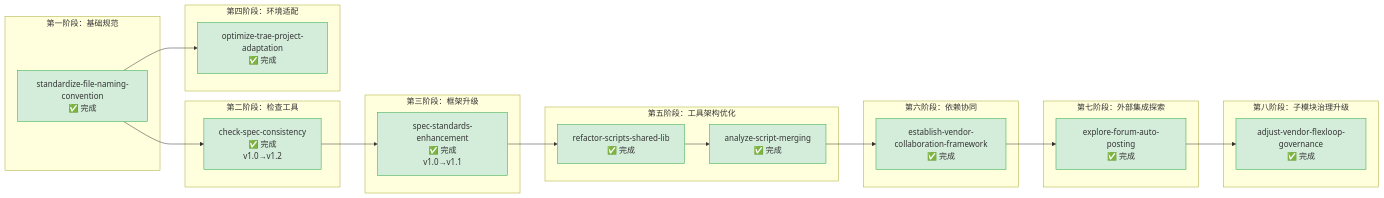
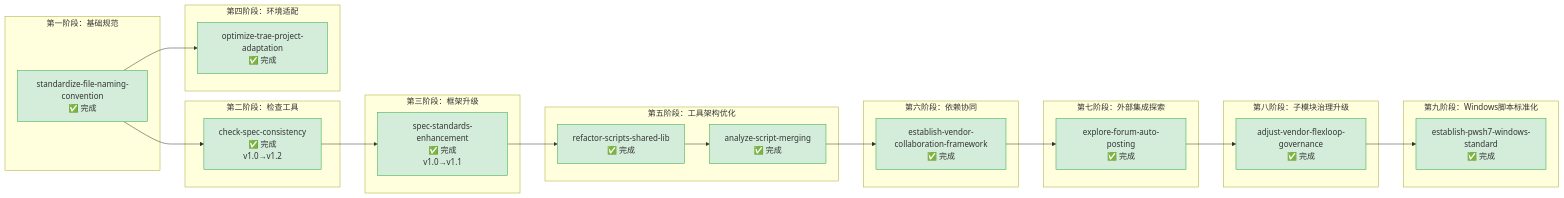
The diagram in .trae/specs/standards-tools/README.md (xinetzone/SpecWeave), drawn with Mermaid before and after one commit. The commit also changed other lines of this file and 41 other files, not shown here.

````diff
--- a/.trae/specs/standards-tools/README.md
+++ b/.trae/specs/standards-tools/README.md
@@ -40,45 +41,50 @@
 ```mermaid
 flowchart LR
     subgraph S1 ["第一阶段：基础规范"]
         SFNC["standardize-file-naming-convention<br/>✅ 完成"]
     end
     subgraph S2 ["第二阶段：检查工具"]
         CSC["check-spec-consistency<br/>✅ 完成<br/>v1.0→v1.2"]
     end
     subgraph S3 ["第三阶段：框架升级"]
         SSE["spec-standards-enhancement<br/>✅ 完成<br/>v1.0→v1.1"]
     end
     subgraph S4 ["第四阶段：环境适配"]
         OTPA["optimize-trae-project-adaptation<br/>✅ 完成"]
     end
     subgraph S5 ["第五阶段：工具架构优化"]
         RSL["refactor-scripts-shared-lib<br/>✅ 完成"]
         ASM["analyze-script-merging<br/>✅ 完成"]
     end
     subgraph S6 ["第六阶段：依赖协同"]
         EVCF["establish-vendor-collaboration-framework<br/>✅ 完成"]
     end
     subgraph S7 ["第七阶段：外部集成探索"]
         EFAP["explore-forum-auto-posting<br/>✅ 完成"]
     end
     subgraph S8 ["第八阶段：子模块治理升级"]
         AVFG["adjust-vendor-flexloop-governance<br/>✅ 完成"]
     end
+    subgraph S9 ["第九阶段：Windows脚本标准化"]
+        EPWS["establish-pwsh7-windows-standard<br/>✅ 完成"]
+    end
     SFNC --> CSC
     CSC --> SSE
     SFNC --> OTPA
     SSE --> RSL
     RSL --> ASM
     ASM --> EVCF
     EVCF --> EFAP
     EFAP --> AVFG
+    AVFG --> EPWS
     style SFNC fill:#d4edda,stroke:#28a745
     style CSC fill:#d4edda,stroke:#28a745
     style SSE fill:#d4edda,stroke:#28a745
     style OTPA fill:#d4edda,stroke:#28a745
     style RSL fill:#d4edda,stroke:#28a745
     style ASM fill:#d4edda,stroke:#28a745
     style EVCF fill:#d4edda,stroke:#28a745
     style EFAP fill:#d4edda,stroke:#28a745
     style AVFG fill:#d4edda,stroke:#28a745
+    style EPWS fill:#d4edda,stroke:#28a745
 ```
````
